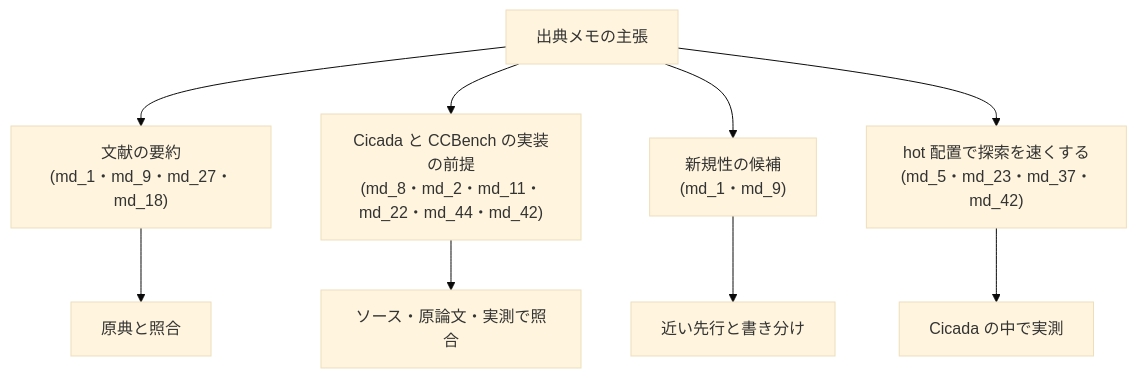
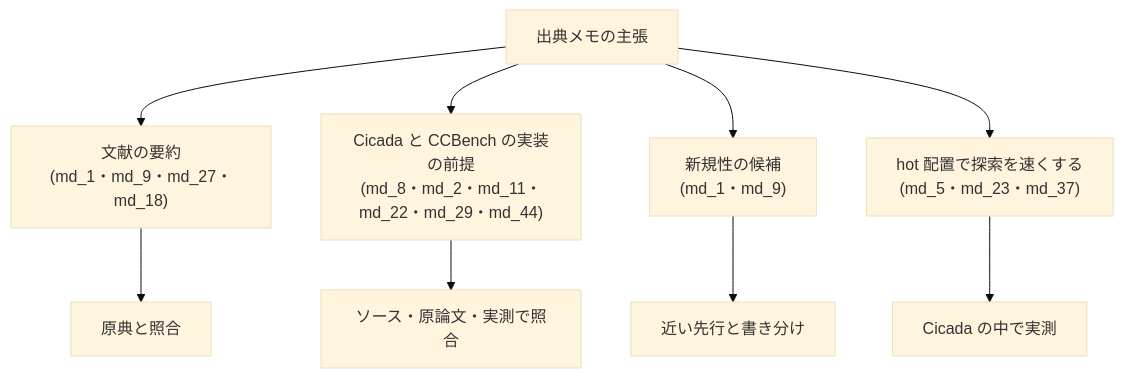
Before and after one commit to thawk105/izanagi: diagram 40 of 41 in docs/paper-story-vhash/2026-10-01.md, drawn with Mermaid (base theme). The commit also changed other lines of this file and 4 other files, not shown here.

````diff
--- a/docs/paper-story-vhash/2026-10-01.md
+++ b/docs/paper-story-vhash/2026-10-01.md
@@ -1749,11 +1710,11 @@
 ```mermaid
 flowchart TB
   memo["出典メモの主張"] --> lit["文献の要約<br/>(md_1・md_9・md_27・md_18)"]
-  memo --> cc["Cicada と CCBench の実装の前提<br/>(md_8・md_2・md_11・md_22・md_44・md_42)"]
+  memo --> cc["Cicada と CCBench の実装の前提<br/>(md_8・md_2・md_11・md_22・md_29・md_44)"]
   memo --> nov["新規性の候補<br/>(md_1・md_9)"]
-  memo --> hot["hot 配置で探索を速くする<br/>(md_5・md_23・md_37・md_42)"]
+  memo --> hot["hot 配置で探索を速くする<br/>(md_5・md_23・md_37)"]
   lit --> m1["原典と照合"]
   cc --> m2["ソース・原論文・実測で照合"]
   nov --> m3["近い先行と書き分け"]
   hot --> m4["Cicada の中で実測"]
 ```
````
